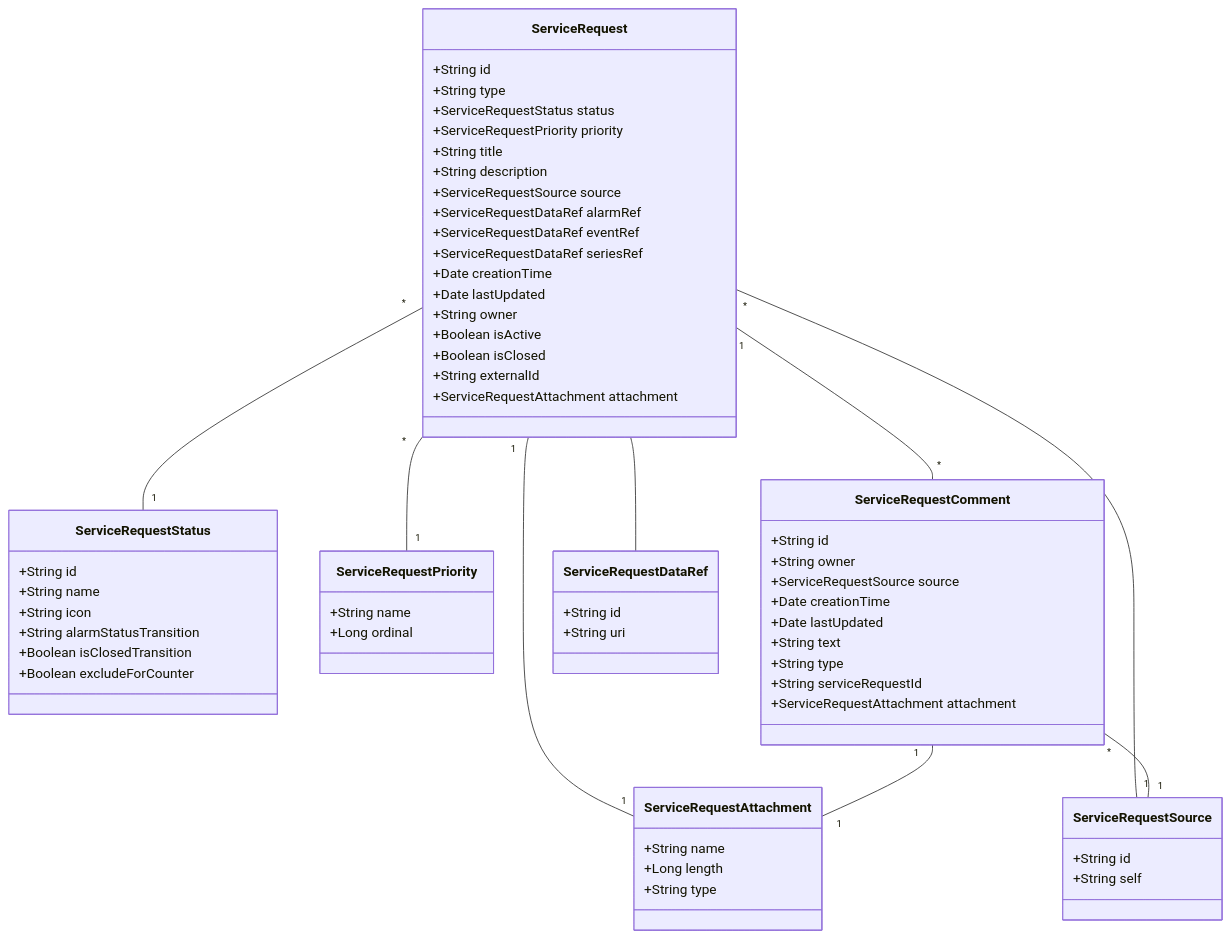
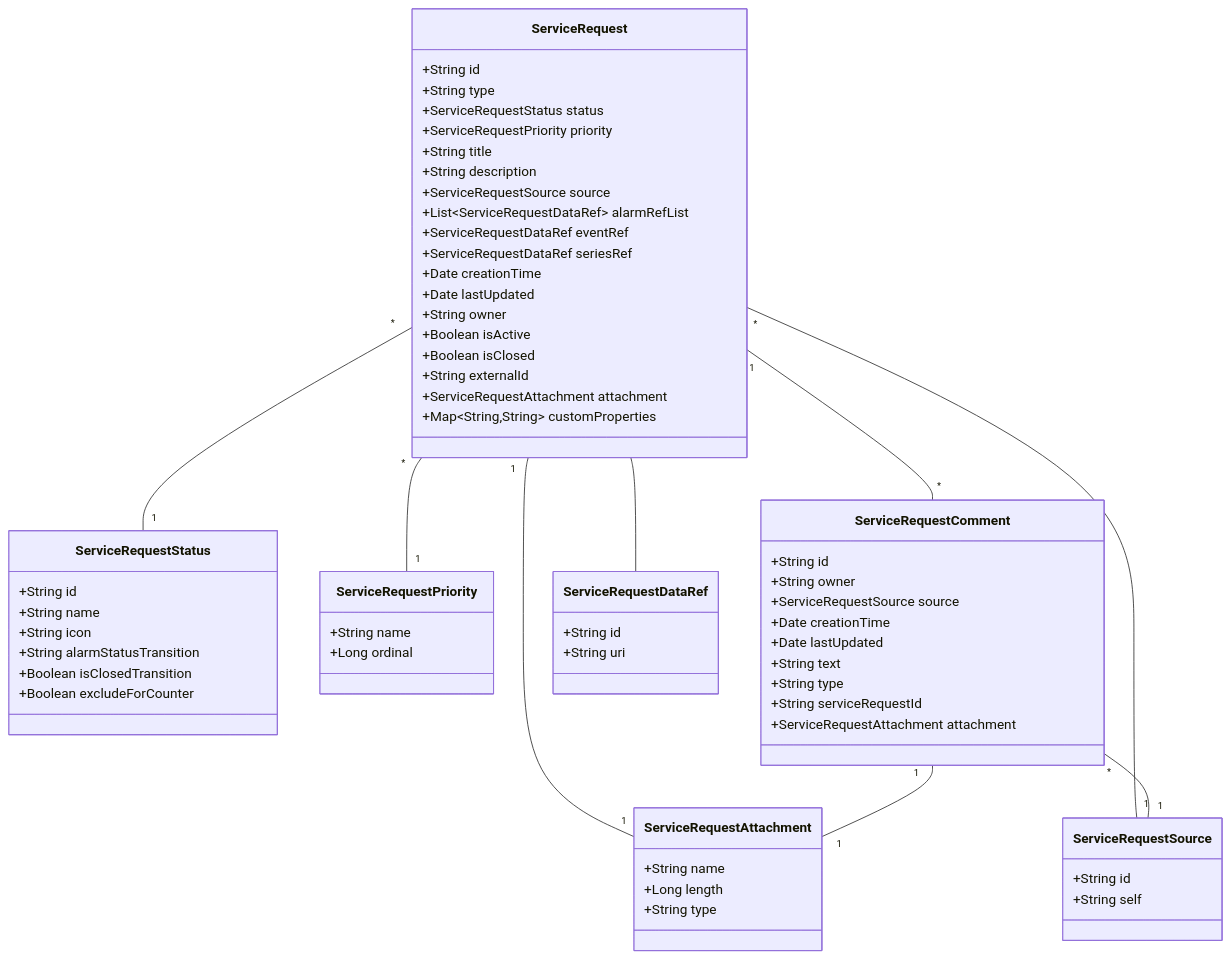
The diagram in README.md (Cumulocity-IoT/cumulocity-microservice-service-request-mgmt), drawn with Mermaid before and after one commit. The commit also changed 3 other files, not shown here.

````diff
--- a/README.md
+++ b/README.md
@@ -23,68 +23,70 @@
 ```mermaid
 classDiagram
     ServiceRequest "*" -- "1" ServiceRequestStatus
     ServiceRequest "*" -- "1" ServiceRequestPriority
     ServiceRequest "1" -- "1" ServiceRequestAttachment
     ServiceRequest "*" -- "1" ServiceRequestSource
     ServiceRequest "1" -- "*" ServiceRequestComment
     ServiceRequest -- ServiceRequestDataRef
     ServiceRequestComment "*" -- "1" ServiceRequestSource
     ServiceRequestComment "1" -- "1" ServiceRequestAttachment
      
     class ServiceRequest{
         +String id
         +String type
         +ServiceRequestStatus status
         +ServiceRequestPriority priority
         +String title
         +String description
         +ServiceRequestSource source
-        +ServiceRequestDataRef alarmRef
+        +List~ServiceRequestDataRef~ alarmRefList
         +ServiceRequestDataRef eventRef
         +ServiceRequestDataRef seriesRef
         +Date creationTime
         +Date lastUpdated
         +String owner
         +Boolean isActive
         +Boolean isClosed
         +String externalId
         +ServiceRequestAttachment attachment
+        +Map~String,String~ customProperties
         
     }
+
     class ServiceRequestStatus{
         +String id
         +String name
         +String icon
         +String alarmStatusTransition
         +Boolean isClosedTransition
         +Boolean excludeForCounter
     }
     class ServiceRequestPriority{
         +String name
         +Long ordinal
     }
     class ServiceRequestAttachment{
         +String name
         +Long length
         +String type
     }
     class ServiceRequestSource{
         +String id
         +String self
     }
     class ServiceRequestComment{
         +String id
         +String owner
         +ServiceRequestSource source
         +Date creationTime
         +Date lastUpdated
         +String text
         +String type
         +String serviceRequestId
         +ServiceRequestAttachment attachment
     }
     class ServiceRequestDataRef{
         +String id
         +String uri
     }
 ```
````
